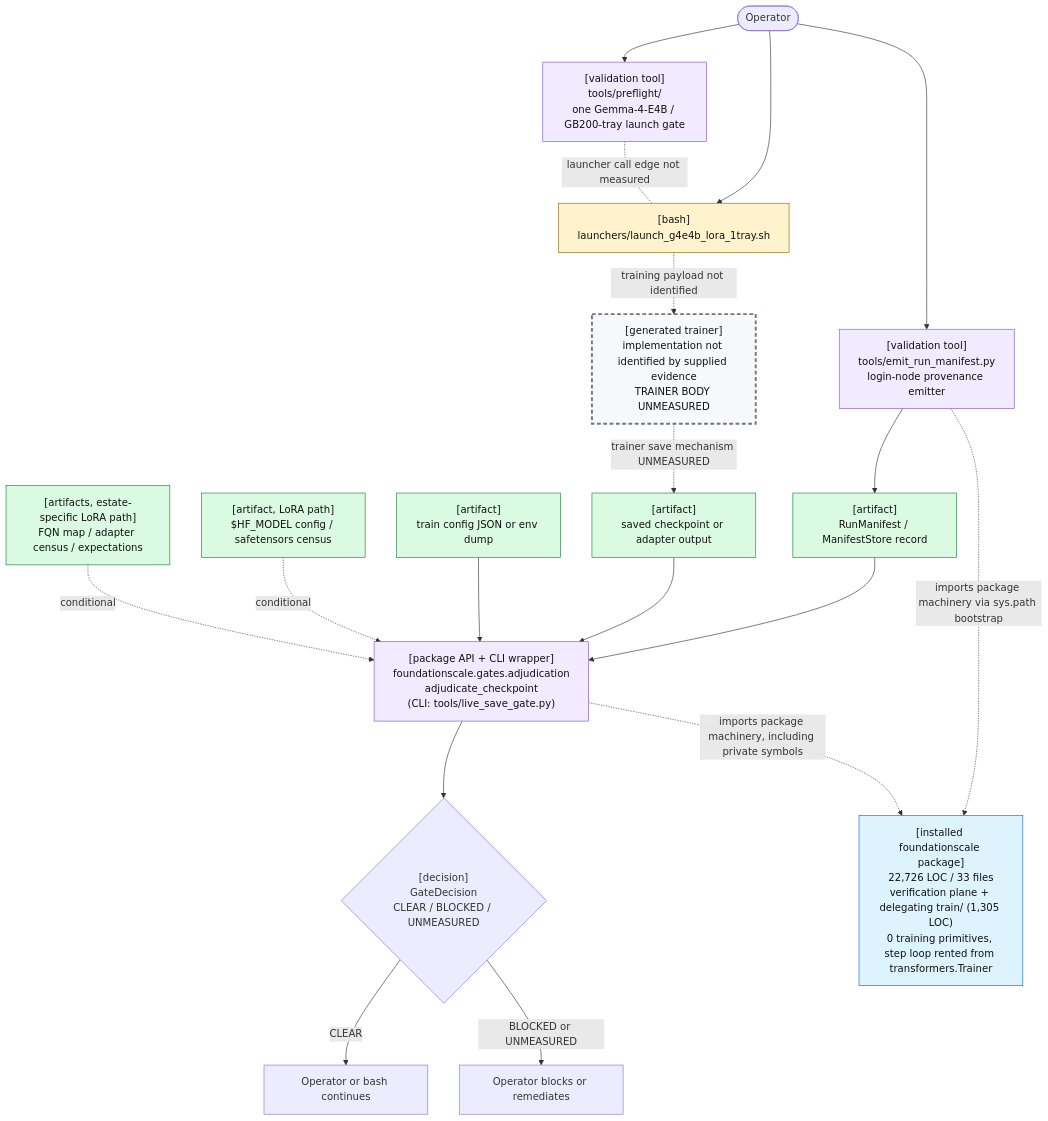
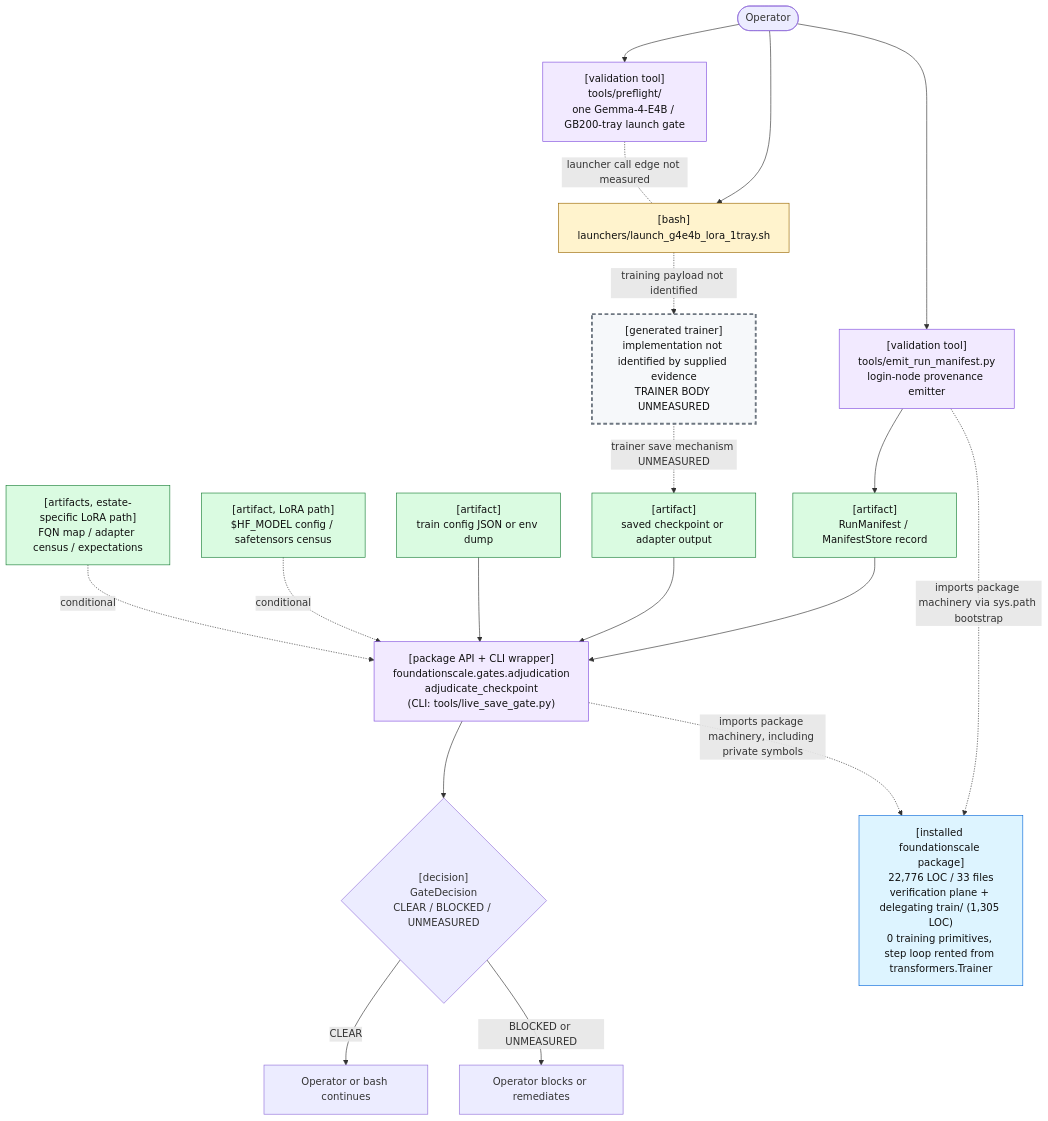
The first of 2 diagrams in docs/review/D2_current_architecture.md (TranNhiem/FoundationScale), drawn with Mermaid before and after one commit. The commit also changed other lines of this file and 13 other files, not shown here.

````diff
--- a/docs/review/D2_current_architecture.md
+++ b/docs/review/D2_current_architecture.md
@@ -25,59 +25,59 @@
 ```mermaid
 flowchart TB
   O(["Operator"])
 
   PF["[validation tool]<br/>tools/preflight/<br/>one Gemma-4-E4B / GB200-tray launch gate"]
   L["[bash]<br/>launchers/launch_g4e4b_lora_1tray.sh"]
 
   E["[validation tool]<br/>tools/emit_run_manifest.py<br/>login-node provenance emitter"]
   M["[artifact]<br/>RunManifest / ManifestStore record"]
 
   T["[generated trainer]<br/>implementation not identified by supplied evidence<br/>TRAINER BODY UNMEASURED"]
   C["[artifact]<br/>saved checkpoint or adapter output"]
 
   G["[package API + CLI wrapper]<br/>foundationscale.gates.adjudication<br/>adjudicate_checkpoint<br/>(CLI: tools/live_save_gate.py)"]
   CFG["[artifact]<br/>train config JSON or env dump"]
   BASE["[artifact, LoRA path]<br/>$HF_MODEL config / safetensors census"]
   CEN["[artifacts, estate-specific LoRA path]<br/>FQN map / adapter census / expectations"]
 
   D{"[decision]<br/>GateDecision<br/>CLEAR / BLOCKED / UNMEASURED"}
   OK["Operator or bash continues"]
   NO["Operator blocks or remediates"]
 
-  PKG["[installed foundationscale package]<br/>22,726 LOC / 33 files<br/>verification plane + delegating train/ (1,305 LOC)<br/>0 training primitives, step loop rented from transformers.Trainer"]
+  PKG["[installed foundationscale package]<br/>22,776 LOC / 33 files<br/>verification plane + delegating train/ (1,305 LOC)<br/>0 training primitives, step loop rented from transformers.Trainer"]
 
   O --> PF
   O --> L
   PF -. "launcher call edge not measured" .- L
 
   O --> E
   E --> M
 
   L -. "training payload not identified" .-> T
   T -. "trainer save mechanism UNMEASURED" .-> C
 
   M --> G
   C --> G
   CFG --> G
   BASE -. "conditional" .-> G
   CEN -. "conditional" .-> G
 
   E -. "imports package machinery via sys.path bootstrap" .-> PKG
   G -. "imports package machinery, including private symbols" .-> PKG
 
   G --> D
   D -->|"CLEAR"| OK
   D -->|"BLOCKED or UNMEASURED"| NO
 
   classDef bash fill:#fff3cd,stroke:#9a6700,color:#111;
   classDef tool fill:#f2eaff,stroke:#8250df,color:#111;
   classDef artifact fill:#dafbe1,stroke:#1a7f37,color:#111;
   classDef gap fill:#f6f8fa,stroke:#6e7781,stroke-width:3px,stroke-dasharray: 6 4,color:#111;
   classDef pkg fill:#ddf4ff,stroke:#0969da,color:#111;
 
   class L bash;
   class PF,E,G tool;
   class M,C,CFG,BASE,CEN artifact;
   class T gap;
   class PKG pkg;
 ```
````
